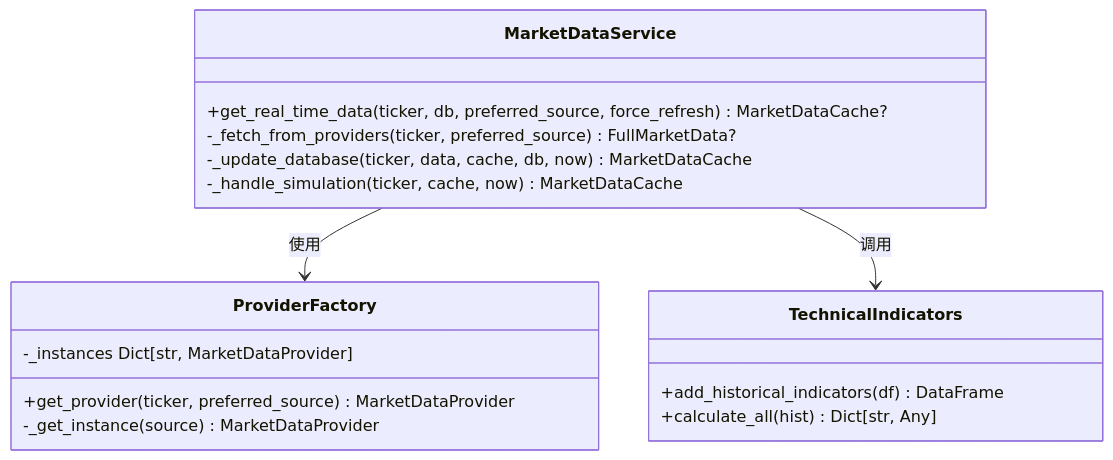
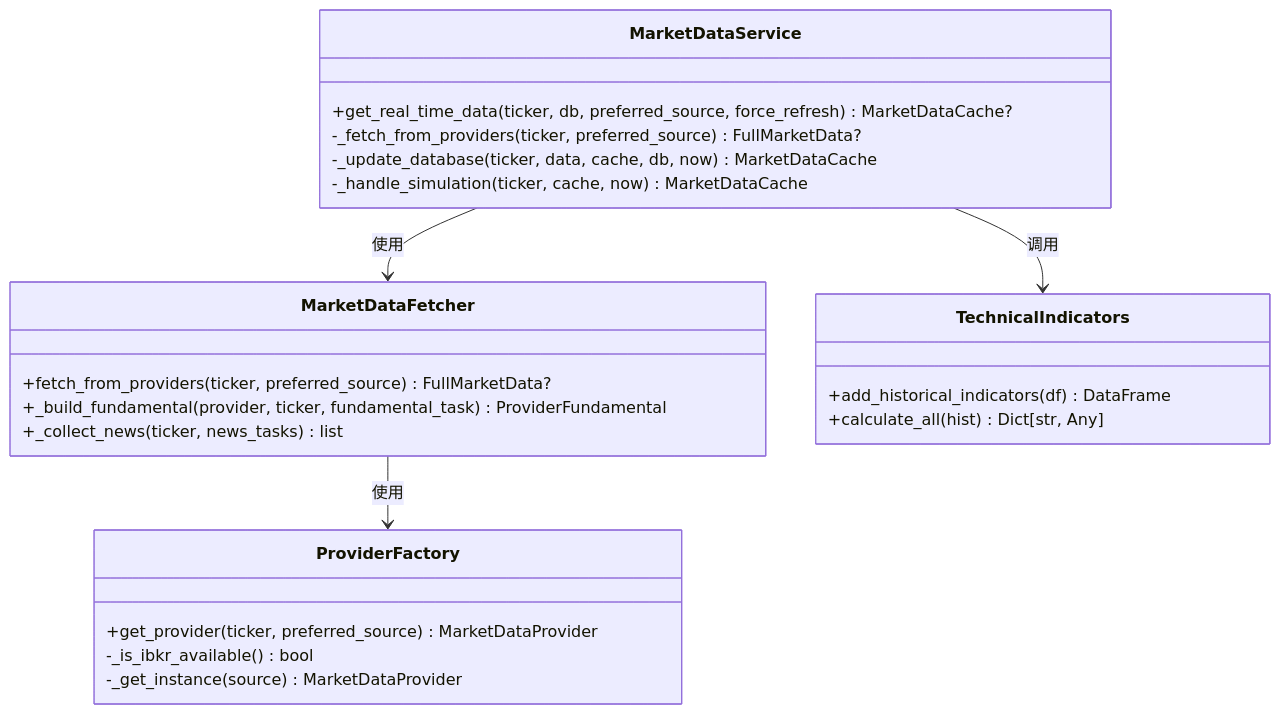
The sixth of 19 diagrams in .qoder/repowiki/zh/content/后端开发指南/业务服务实现/市场数据提供商架构.md (breeze-lyf/ai-stock-advisor), drawn with Mermaid before and after one commit. The commit also changed other lines of this file and 52 other files, not shown here.

Commit message:
Remove Alpha Vantage provider, enhance Akshare with retry and forced proxy for reliable market data, and introduce user notification settings with corresponding database migrations and frontend updates.

````diff
--- a/.qoder/repowiki/zh/content/后端开发指南/业务服务实现/市场数据提供商架构.md
+++ b/.qoder/repowiki/zh/content/后端开发指南/业务服务实现/市场数据提供商架构.md
@@ -362,20 +372,26 @@
 ```mermaid
 classDiagram
 class MarketDataService {
 +get_real_time_data(ticker, db, preferred_source, force_refresh) MarketDataCache?
 -_fetch_from_providers(ticker, preferred_source) FullMarketData?
 -_update_database(ticker, data, cache, db, now) MarketDataCache
 -_handle_simulation(ticker, cache, now) MarketDataCache
 }
+class MarketDataFetcher {
++fetch_from_providers(ticker, preferred_source) FullMarketData?
++_build_fundamental(provider, ticker, fundamental_task) ProviderFundamental
++_collect_news(ticker, news_tasks) list
+}
 class ProviderFactory {
 +get_provider(ticker, preferred_source) MarketDataProvider
+-_is_ibkr_available() bool
 -_get_instance(source) MarketDataProvider
--_instances Dict[str, MarketDataProvider]
 }
 class TechnicalIndicators {
 +add_historical_indicators(df) DataFrame
 +calculate_all(hist) Dict[str, Any]
 }
-MarketDataService --> ProviderFactory : 使用
+MarketDataService --> MarketDataFetcher : 使用
+MarketDataFetcher --> ProviderFactory : 使用
 MarketDataService --> TechnicalIndicators : 调用
 ```
````
